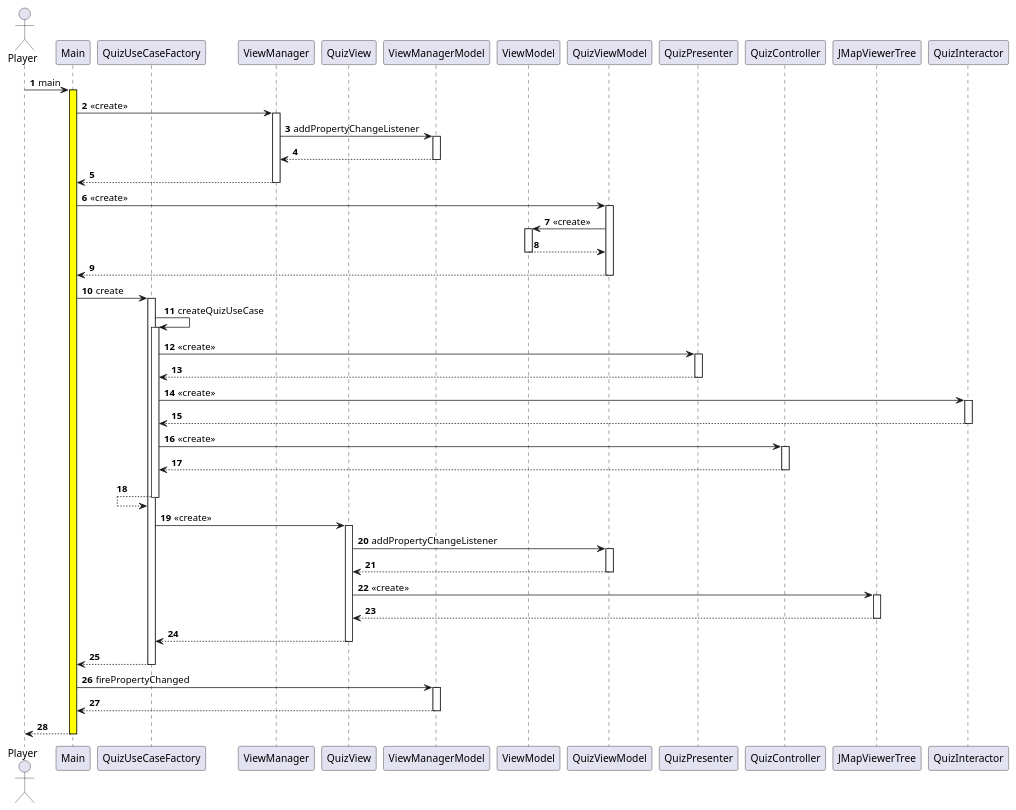
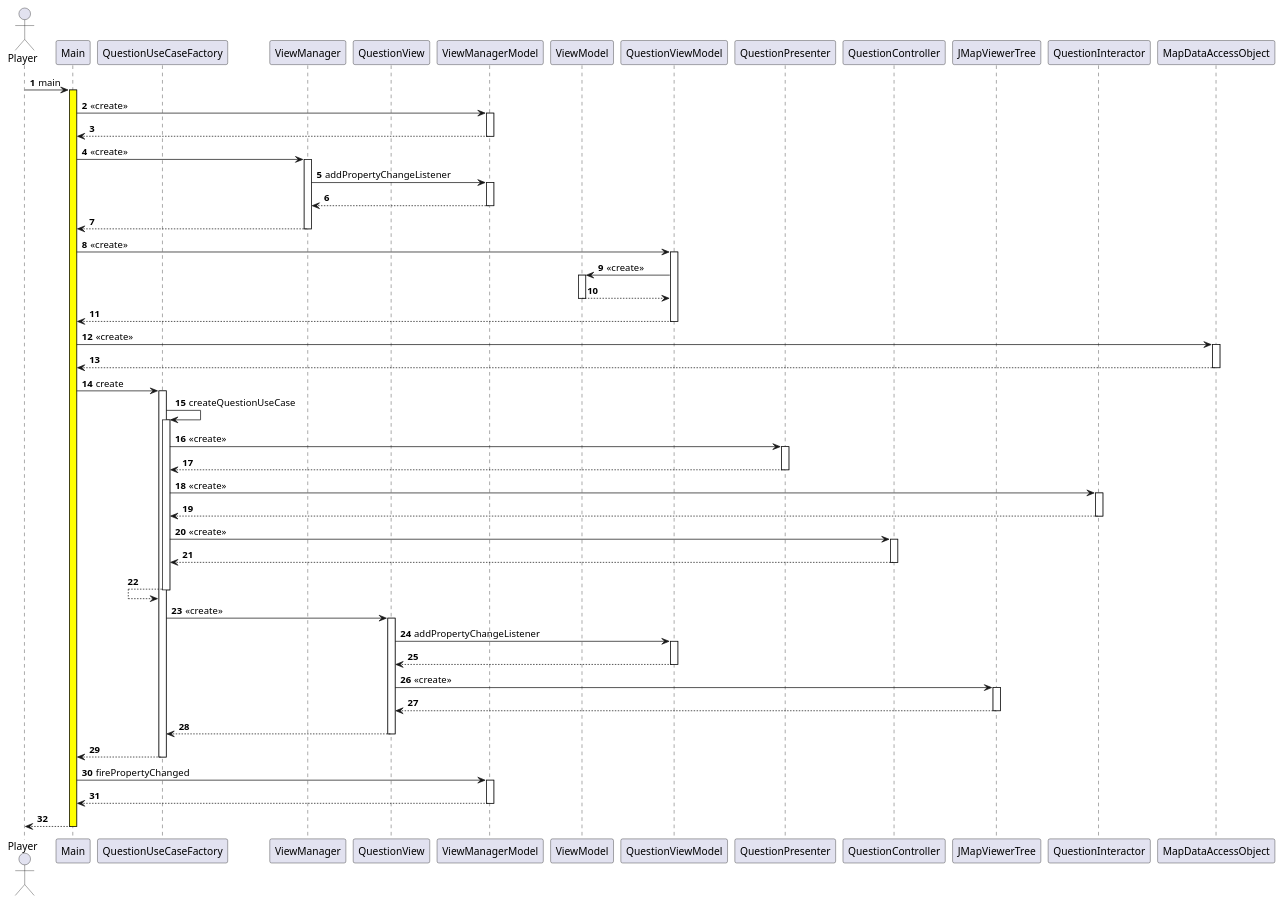
Before and after one commit to lifers/AtlasAdventures: the diagram in sequence_diagram.puml, drawn with PlantUML.

Commit message:
add some details, change Quiz to Question to match description in slides

```diff
--- a/sequence_diagram.puml
+++ b/sequence_diagram.puml
@@ -1,114 +1,129 @@
 @startuml
 'https://plantuml.com/sequence-diagram
 
 autonumber
 
 'Outside
 actor Player
 
 'App
 participant Main
-participant QuizUseCaseFactory
+participant QuestionUseCaseFactory
 
 'View
 participant ViewManager
-participant QuizView
+participant QuestionView
 
 'Interface Adapters (General)
 participant ViewManagerModel
 participant ViewModel
 
-'Interface Adapters (Quiz)
-participant QuizViewModel
-participant QuizPresenter
-participant QuizController
+'Interface Adapters (Question)
+participant QuestionViewModel
+participant QuestionPresenter
+participant QuestionController
 participant JMapViewerTree
 
 'Use Case
-participant QuizInteractor
+participant QuestionInteractor
+
+'Data Access
+participant MapDataAccessObject
 
 Player -> Main: main
 activate Main #yellow
+
+Main -> ViewManagerModel: <<create>>
+activate ViewManagerModel
+
+Main <-- ViewManagerModel
+deactivate ViewManagerModel
 
 Main -> ViewManager: <<create>>
 activate ViewManager
 
 ViewManager -> ViewManagerModel: addPropertyChangeListener
 activate ViewManagerModel
 
 ViewManager <-- ViewManagerModel
 deactivate ViewManagerModel
 
 Main <-- ViewManager
 deactivate ViewManager
 
-Main -> QuizViewModel: <<create>>
-activate QuizViewModel
+Main -> QuestionViewModel: <<create>>
+activate QuestionViewModel
 
-QuizViewModel -> ViewModel: <<create>>
+QuestionViewModel -> ViewModel: <<create>>
 activate ViewModel
 
-QuizViewModel <-- ViewModel
+QuestionViewModel <-- ViewModel
 deactivate ViewModel
 
-Main <-- QuizViewModel
-deactivate QuizViewModel
+Main <-- QuestionViewModel
+deactivate QuestionViewModel
 
-Main -> QuizUseCaseFactory: create
-activate QuizUseCaseFactory
+Main -> MapDataAccessObject: <<create>>
+activate MapDataAccessObject
 
-QuizUseCaseFactory -> QuizUseCaseFactory: createQuizUseCase
-activate QuizUseCaseFactory
+Main <-- MapDataAccessObject
+deactivate MapDataAccessObject
 
-QuizUseCaseFactory -> QuizPresenter: <<create>>
-activate QuizPresenter
+Main -> QuestionUseCaseFactory: create
+activate QuestionUseCaseFactory
 
-QuizUseCaseFactory <-- QuizPresenter
-deactivate QuizPresenter
+QuestionUseCaseFactory -> QuestionUseCaseFactory: createQuestionUseCase
+activate QuestionUseCaseFactory
 
-QuizUseCaseFactory -> QuizInteractor: <<create>>
-activate QuizInteractor
+QuestionUseCaseFactory -> QuestionPresenter: <<create>>
+activate QuestionPresenter
 
-QuizUseCaseFactory <-- QuizInteractor
-deactivate QuizInteractor
+QuestionUseCaseFactory <-- QuestionPresenter
+deactivate QuestionPresenter
 
-QuizUseCaseFactory -> QuizController: <<create>>
-activate QuizController
+QuestionUseCaseFactory -> QuestionInteractor: <<create>>
+activate QuestionInteractor
 
-QuizUseCaseFactory <-- QuizController
-deactivate QuizController
+QuestionUseCaseFactory <-- QuestionInteractor
+deactivate QuestionInteractor
 
-QuizUseCaseFactory <-- QuizUseCaseFactory
-deactivate QuizUseCaseFactory
+QuestionUseCaseFactory -> QuestionController: <<create>>
+activate QuestionController
 
-QuizUseCaseFactory -> QuizView: <<create>>
-activate QuizView
+QuestionUseCaseFactory <-- QuestionController
+deactivate QuestionController
 
-QuizView -> QuizViewModel: addPropertyChangeListener
-activate QuizViewModel
+QuestionUseCaseFactory <-- QuestionUseCaseFactory
+deactivate QuestionUseCaseFactory
 
-QuizView <-- QuizViewModel
-deactivate QuizViewModel
+QuestionUseCaseFactory -> QuestionView: <<create>>
+activate QuestionView
 
-QuizView -> JMapViewerTree: <<create>>
+QuestionView -> QuestionViewModel: addPropertyChangeListener
+activate QuestionViewModel
+
+QuestionView <-- QuestionViewModel
+deactivate QuestionViewModel
+
+QuestionView -> JMapViewerTree: <<create>>
 activate JMapViewerTree
 
-QuizView <-- JMapViewerTree
+QuestionView <-- JMapViewerTree
 deactivate JMapViewerTree
 
-QuizUseCaseFactory <-- QuizView
-deactivate QuizView
+QuestionUseCaseFactory <-- QuestionView
+deactivate QuestionView
 
-Main <-- QuizUseCaseFactory
-deactivate QuizUseCaseFactory
+Main <-- QuestionUseCaseFactory
+deactivate QuestionUseCaseFactory
 
 Main -> ViewManagerModel: firePropertyChanged
 activate ViewManagerModel
 
 Main <-- ViewManagerModel
 deactivate ViewManagerModel
 
 Player <-- Main
 deactivate Main
 
 @enduml
```
